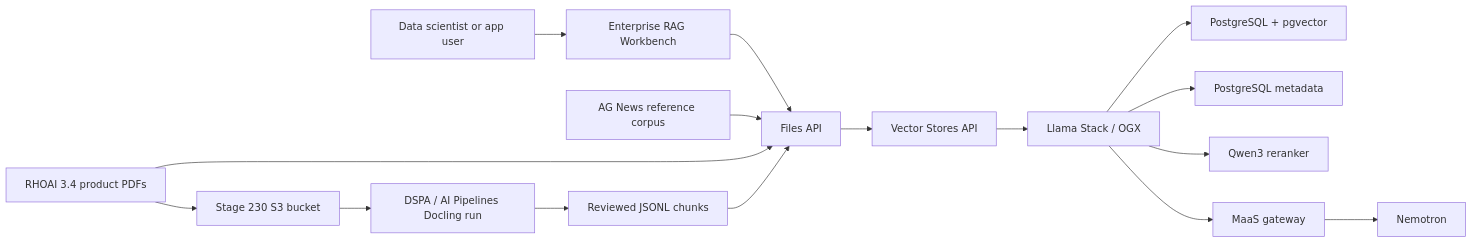
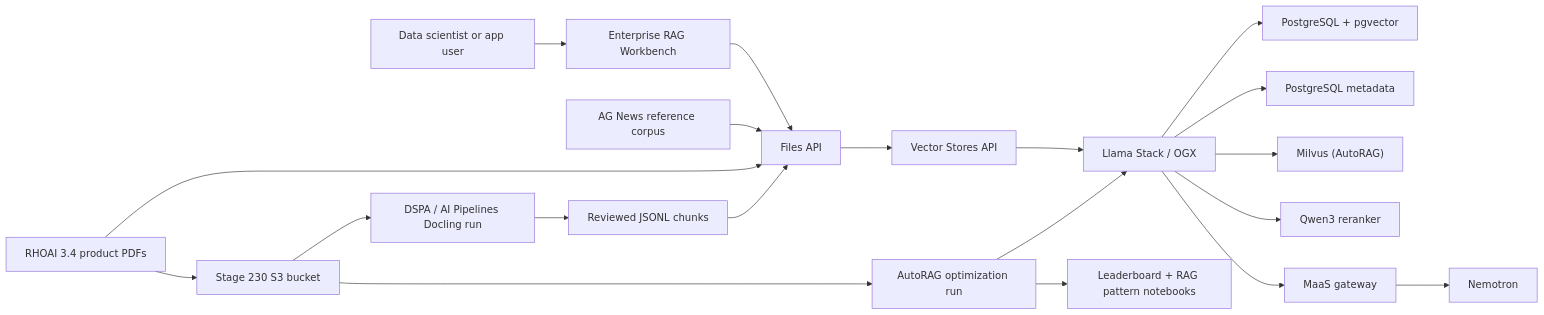
One commit to adnan-drina/rhoai3-demo changed the diagram in stage-230-private-data-rag/README.md. Above: the diagram before and after it, drawn with Mermaid. The commit also changed other lines of this file and 20 other files, not shown here.

First line of the commit message:
feat(stage-230): add AutoRAG optimization over the product-doc corpus

````diff
--- a/stage-230-private-data-rag/README.md
+++ b/stage-230-private-data-rag/README.md
@@ -70,34 +73,41 @@
 ```mermaid
 flowchart LR
   user["Data scientist or app user"]
   agnews["AG News reference corpus"]
   rhoai_docs["RHOAI 3.4 product PDFs"]
   workbench["Enterprise RAG Workbench"]
   files["Files API"]
   vectors["Vector Stores API"]
   stack["Llama Stack / OGX"]
   pgvector["PostgreSQL + pgvector"]
   pg["PostgreSQL metadata"]
+  milvus["Milvus (AutoRAG)"]
   reranker["Qwen3 reranker"]
   maas["MaaS gateway"]
   nemotron["Nemotron"]
   s3["Stage 230 S3 bucket"]
   dspa["DSPA / AI Pipelines Docling run"]
+  autorag["AutoRAG optimization run"]
   chunks["Reviewed JSONL chunks"]
+  leaderboard["Leaderboard + RAG pattern notebooks"]
 
   user --> workbench
   workbench --> files
   agnews --> files
   rhoai_docs --> s3
   rhoai_docs --> files
   s3 --> dspa
   dspa --> chunks
   chunks --> files
   files --> vectors
   vectors --> stack
   stack --> pgvector
   stack --> pg
+  stack --> milvus
   stack --> reranker
   stack --> maas
   maas --> nemotron
+  s3 --> autorag
+  autorag --> stack
+  autorag --> leaderboard
 ```
````
